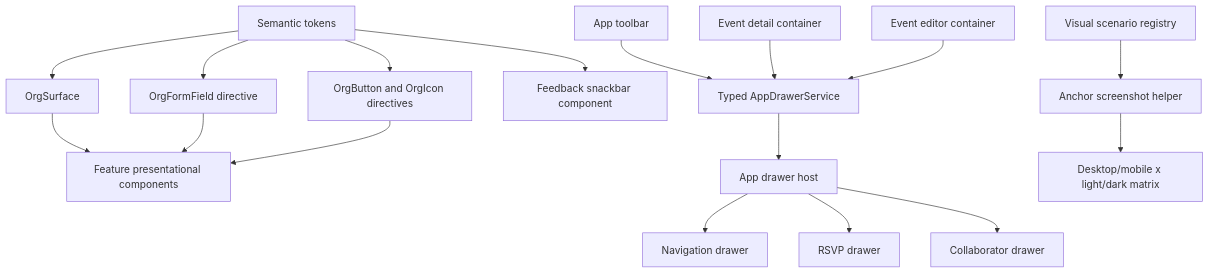
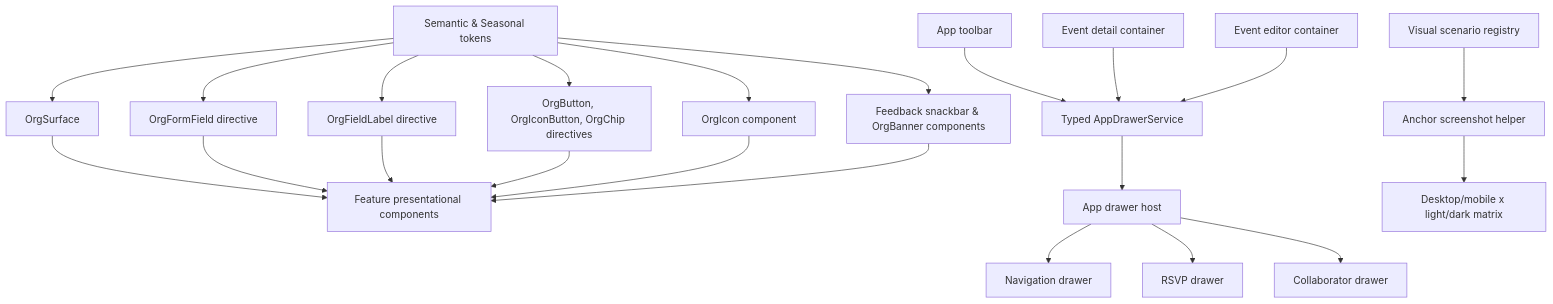
One commit to luiz-shonen/organiza-ai changed the diagram in .specs/features/14-design-system-foundation-and-experience-quality/design.md. Above: the diagram before and after it, drawn with Mermaid. The commit also changed other lines of this file and 3 other files, not shown here.

````diff
--- a/.specs/features/14-design-system-foundation-and-experience-quality/design.md
+++ b/.specs/features/14-design-system-foundation-and-experience-quality/design.md
@@ -14,19 +14,24 @@
 ```mermaid
 flowchart TD
-  T[Semantic tokens] --> S[OrgSurface]
+  T[Semantic & Seasonal tokens] --> S[OrgSurface]
   T --> F[OrgFormField directive]
-  T --> A[OrgButton and OrgIcon directives]
-  T --> K[Feedback snackbar component]
+  T --> L[OrgFieldLabel directive]
+  T --> A[OrgButton, OrgIconButton, OrgChip directives]
+  T --> I[OrgIcon component]
+  T --> K[Feedback snackbar & OrgBanner components]
   S --> P[Feature presentational components]
   F --> P
+  L --> P
   A --> P
+  I --> P
+  K --> P
   N[App toolbar] --> D[Typed AppDrawerService]
   E[Event detail container] --> D
   O[Event editor container] --> D
   D --> H[App drawer host]
   H --> ND[Navigation drawer]
   H --> RD[RSVP drawer]
   H --> CD[Collaborator drawer]
   V[Visual scenario registry] --> C[Anchor screenshot helper]
   C --> M[Desktop/mobile x light/dark matrix]
 ```
````
